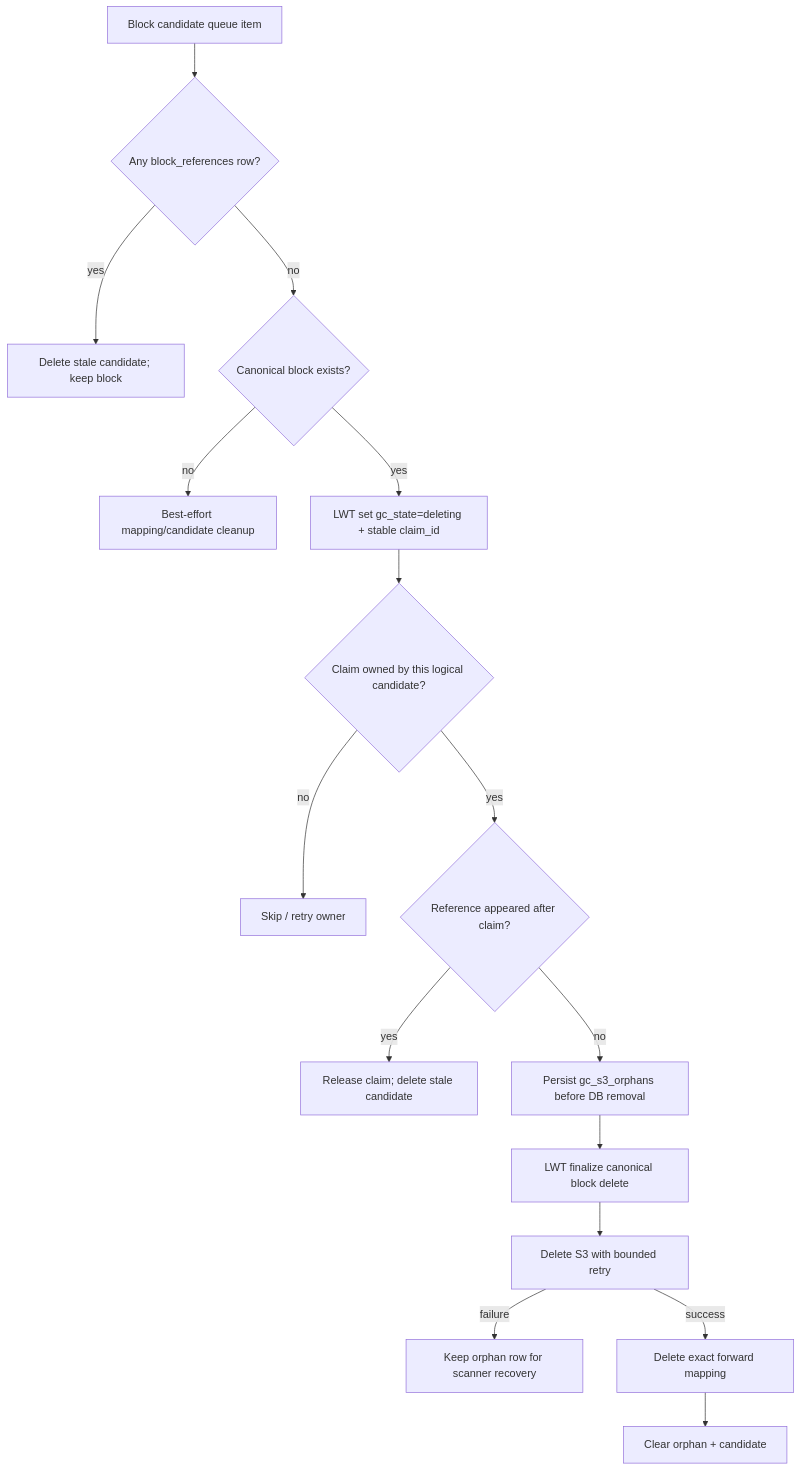
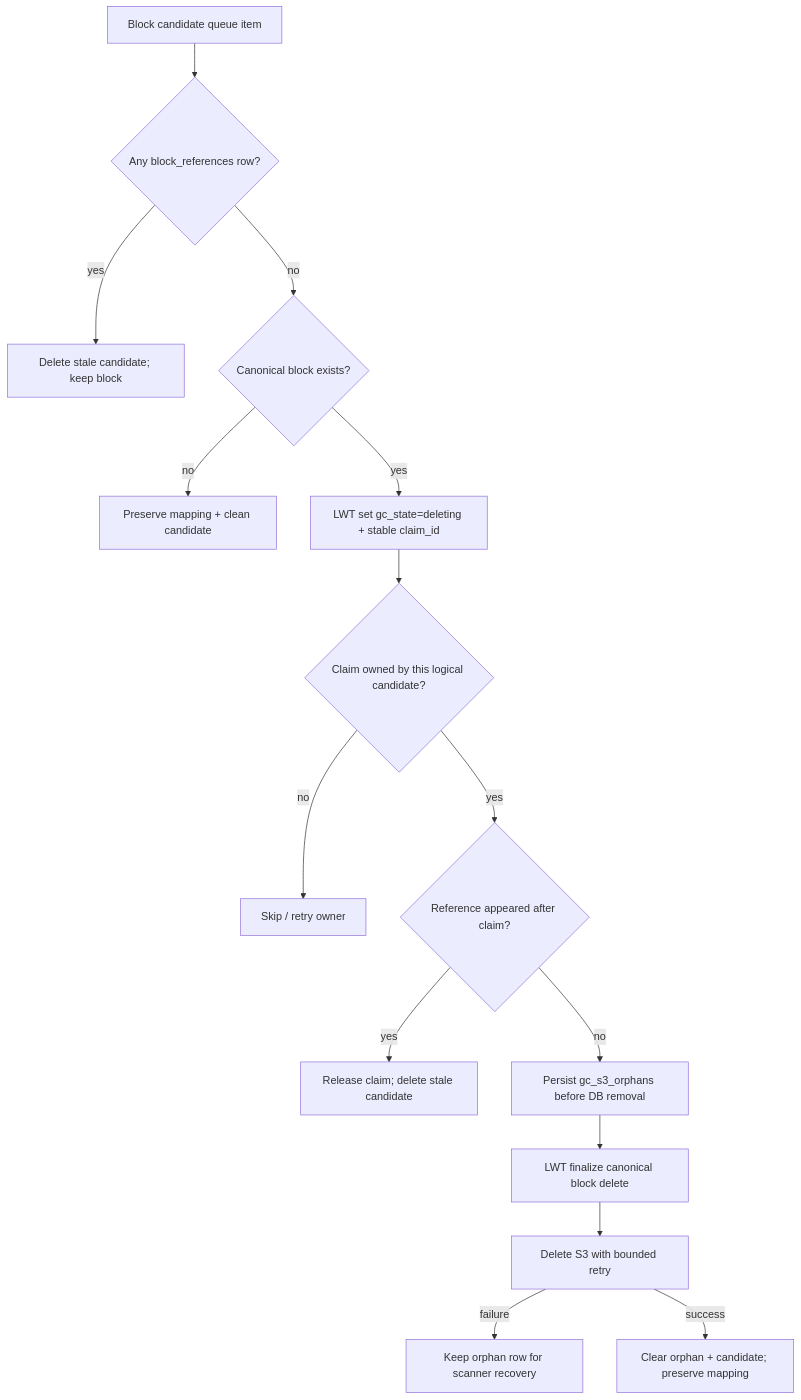
The second of 5 diagrams in docs/diagrams/gc-flow.md (Sesame-Disk/cool-storage-api), drawn with Mermaid before and after one commit. The commit also changed 12 other files, not shown here.

````diff
--- a/docs/diagrams/gc-flow.md
+++ b/docs/diagrams/gc-flow.md
@@ -40,18 +40,17 @@
 ```mermaid
 flowchart TD
     Start[Block candidate queue item] --> Refs{Any block_references row?}
     Refs -->|yes| Stale[Delete stale candidate; keep block]
     Refs -->|no| Exists{Canonical block exists?}
-    Exists -->|no| CleanupMissing[Best-effort mapping/candidate cleanup]
+    Exists -->|no| CleanupMissing[Preserve mapping + clean candidate]
     Exists -->|yes| Claim[LWT set gc_state=deleting + stable claim_id]
     Claim --> Won{Claim owned by this logical candidate?}
     Won -->|no| Skip[Skip / retry owner]
     Won -->|yes| Recheck{Reference appeared after claim?}
     Recheck -->|yes| Release[Release claim; delete stale candidate]
     Recheck -->|no| WAL[Persist gc_s3_orphans before DB removal]
     WAL --> Finalize[LWT finalize canonical block delete]
     Finalize --> S3[Delete S3 with bounded retry]
     S3 -->|failure| Recover[Keep orphan row for scanner recovery]
-    S3 -->|success| Mapping[Delete exact forward mapping]
-    Mapping --> Clear[Clear orphan + candidate]
+    S3 -->|success| Clear[Clear orphan + candidate; preserve mapping]
 ```
````
